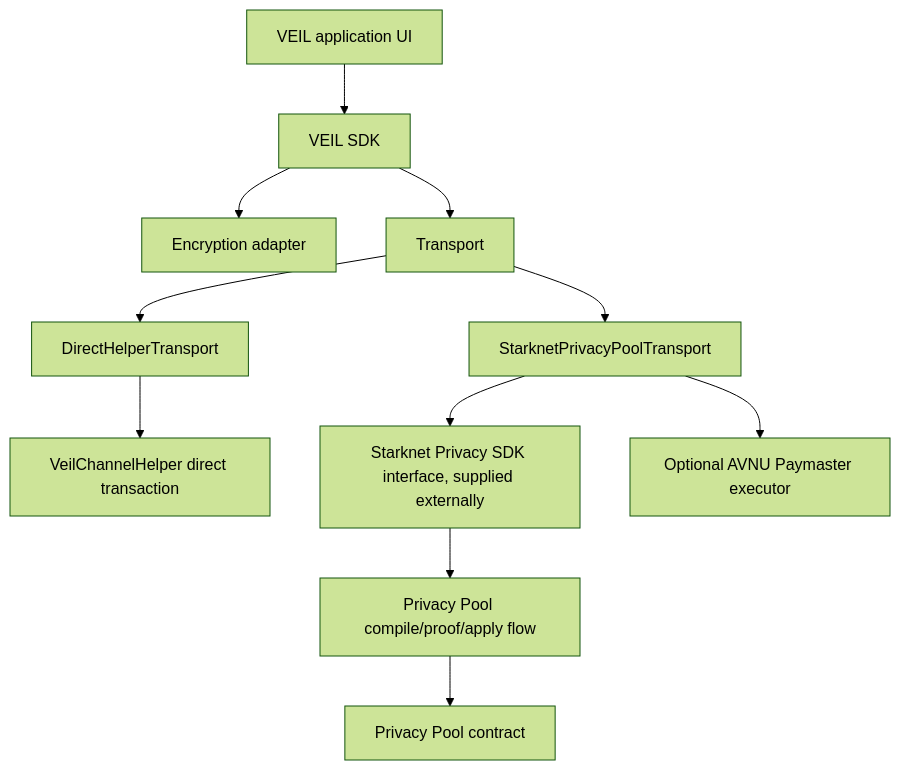
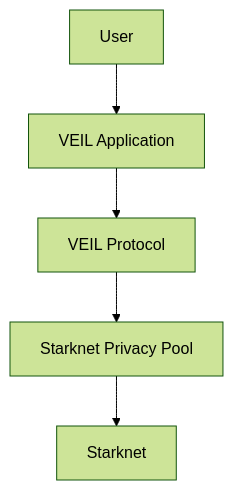
One commit to DXJLabs/velix changed the diagram in README.md. Above: the diagram before and after it, drawn with Mermaid (forest theme). The commit also changed other lines of this file and 41 other files, not shown here.

````diff
--- a/README.md
+++ b/README.md
@@ -9,13 +59,13 @@
 ```mermaid
 flowchart TD
-  A["VEIL application UI"] --> B["VEIL SDK"]
-  B --> C["Encryption adapter"]
-  B --> D["Transport"]
-  D --> E["DirectHelperTransport"]
-  D --> F["StarknetPrivacyPoolTransport"]
-  E --> G["VeilChannelHelper direct transaction"]
-  F --> H["Starknet Privacy SDK interface, supplied externally"]
-  H --> I["Privacy Pool compile/proof/apply flow"]
-  I --> J["Privacy Pool contract"]
-  F --> K["Optional AVNU Paymaster executor"]
+  User["User"]
+  App["VEIL Application"]
+  Protocol["VEIL Protocol"]
+  Privacy["Starknet Privacy Pool"]
+  Starknet["Starknet"]
+
+  User --> App
+  App --> Protocol
+  Protocol --> Privacy
+  Privacy --> Starknet
 ```
````
